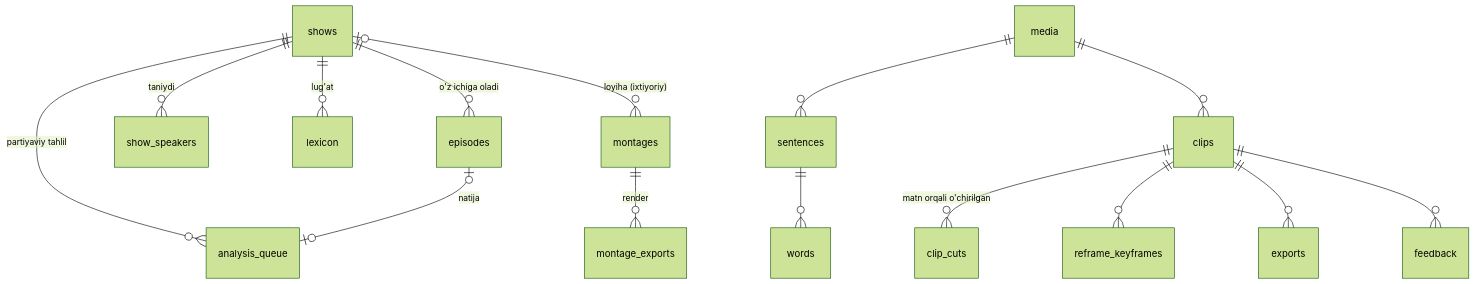
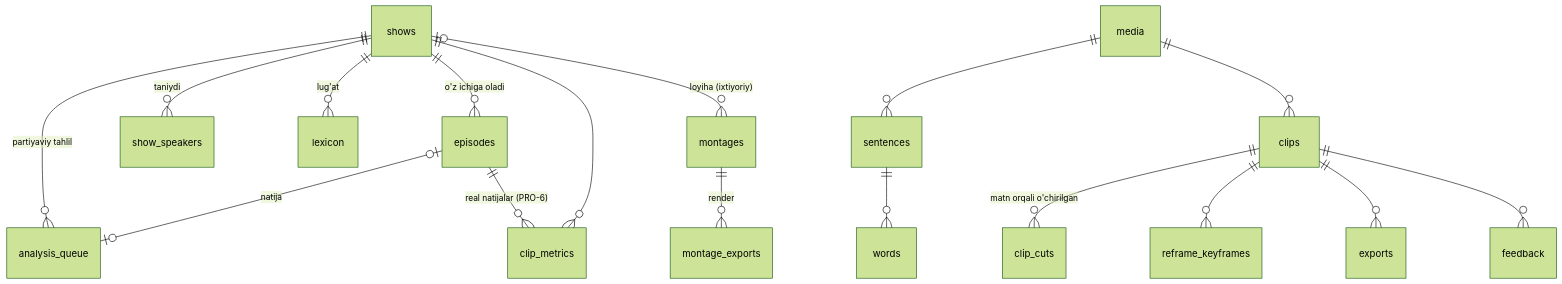
One commit to AbduxalilVoxidjonov/lahza.uz changed the diagram in docs/05-malumot-modeli.md. Above: the diagram before and after it, drawn with Mermaid (forest theme). The commit also changed other lines of this file and 19 other files, not shown here.

First line of the commit message:
PRO-1, PRO-6: shaxsiy lug'at va real natijalardan ball vaznlarini o'rganish

````diff
--- a/docs/05-malumot-modeli.md
+++ b/docs/05-malumot-modeli.md
@@ -5,17 +5,19 @@
 ```mermaid
 erDiagram
   shows ||--o{ episodes : "o'z ichiga oladi"
   shows ||--o{ show_speakers : "taniydi"
   shows ||--o{ lexicon : "lug'at"
   shows |o--o{ montages : "loyiha (ixtiyoriy)"
   montages ||--o{ montage_exports : "render"
   shows ||--o{ analysis_queue : "partiyaviy tahlil"
   episodes |o--o| analysis_queue : "natija"
+  episodes ||--o{ clip_metrics : "real natijalar (PRO-6)"
+  shows ||--o{ clip_metrics : ""
   media ||--o{ sentences : ""
   sentences ||--o{ words : ""
   media ||--o{ clips : ""
   clips ||--o{ clip_cuts : "matn orqali o'chirilgan"
   clips ||--o{ reframe_keyframes : ""
   clips ||--o{ exports : ""
   clips ||--o{ feedback : ""
 ```
````
